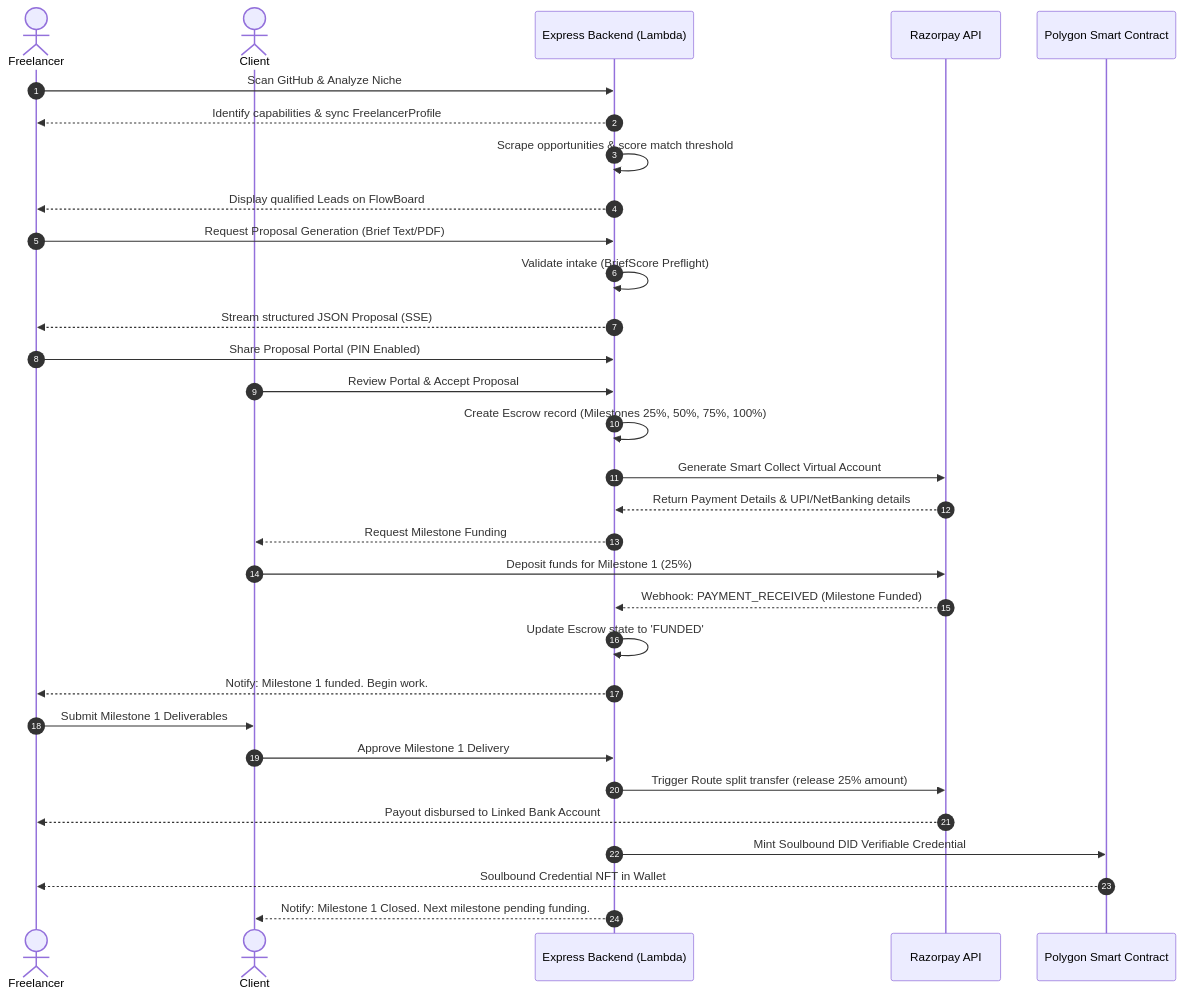
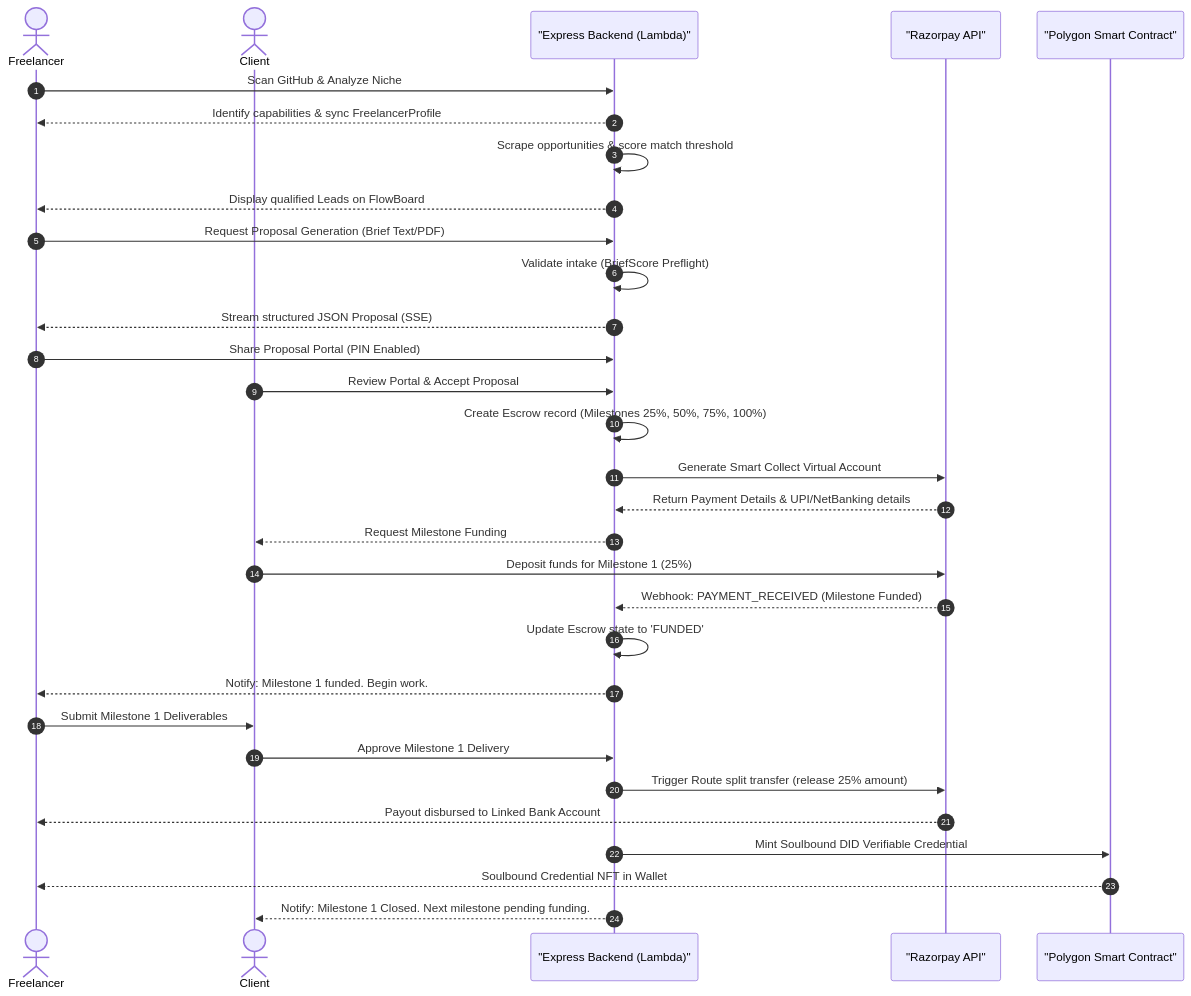
One commit to FixFlow-AI/FixFlow-AI-web changed the second of 2 diagrams in system_design.md. Above: the diagram before and after it, drawn with Mermaid. The commit also changed other lines of this file and 1 other file, not shown here.

````diff
--- a/system_design.md
+++ b/system_design.md
@@ -215,41 +226,41 @@
 ```mermaid
 sequenceDiagram
     autonumber
     actor Freelancer
     actor Client
-    participant Backend as Express Backend (Lambda)
-    participant Razorpay as Razorpay API
-    participant Polygon as Polygon Smart Contract
+    participant Backend as "Express Backend (Lambda)"
+    participant Razorpay as "Razorpay API"
+    participant Polygon as "Polygon Smart Contract"
 
     %% Discovery and Onboarding
     Freelancer->>Backend: Scan GitHub & Analyze Niche
     Backend-->>Freelancer: Identify capabilities & sync FreelancerProfile
 
     %% Lead and Proposal
     Backend->>Backend: Scrape opportunities & score match threshold
     Backend-->>Freelancer: Display qualified Leads on FlowBoard
     Freelancer->>Backend: Request Proposal Generation (Brief Text/PDF)
     Backend->>Backend: Validate intake (BriefScore Preflight)
     Backend-->>Freelancer: Stream structured JSON Proposal (SSE)
     Freelancer->>Backend: Share Proposal Portal (PIN Enabled)
 
     %% Escrow and Milestones
     Client->>Backend: Review Portal & Accept Proposal
     Backend->>Backend: Create Escrow record (Milestones 25%, 50%, 75%, 100%)
     Backend->>Razorpay: Generate Smart Collect Virtual Account
     Razorpay-->>Backend: Return Payment Details & UPI/NetBanking details
     Backend-->>Client: Request Milestone Funding
     Client->>Razorpay: Deposit funds for Milestone 1 (25%)
     Razorpay-->>Backend: Webhook: PAYMENT_RECEIVED (Milestone Funded)
     Backend->>Backend: Update Escrow state to 'FUNDED'
     Backend-->>Freelancer: Notify: Milestone 1 funded. Begin work.
 
     %% Delivery & Payout
     Freelancer->>Client: Submit Milestone 1 Deliverables
     Client->>Backend: Approve Milestone 1 Delivery
     Backend->>Razorpay: Trigger Route split transfer (release 25% amount)
     Razorpay-->>Freelancer: Payout disbursed to Linked Bank Account
     Backend->>Polygon: Mint Soulbound DID Verifiable Credential
     Polygon-->>Freelancer: Soulbound Credential NFT in Wallet
     Backend-->>Client: Notify: Milestone 1 Closed. Next milestone pending funding.
 ```
````
